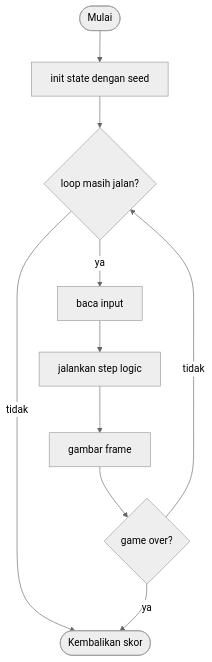
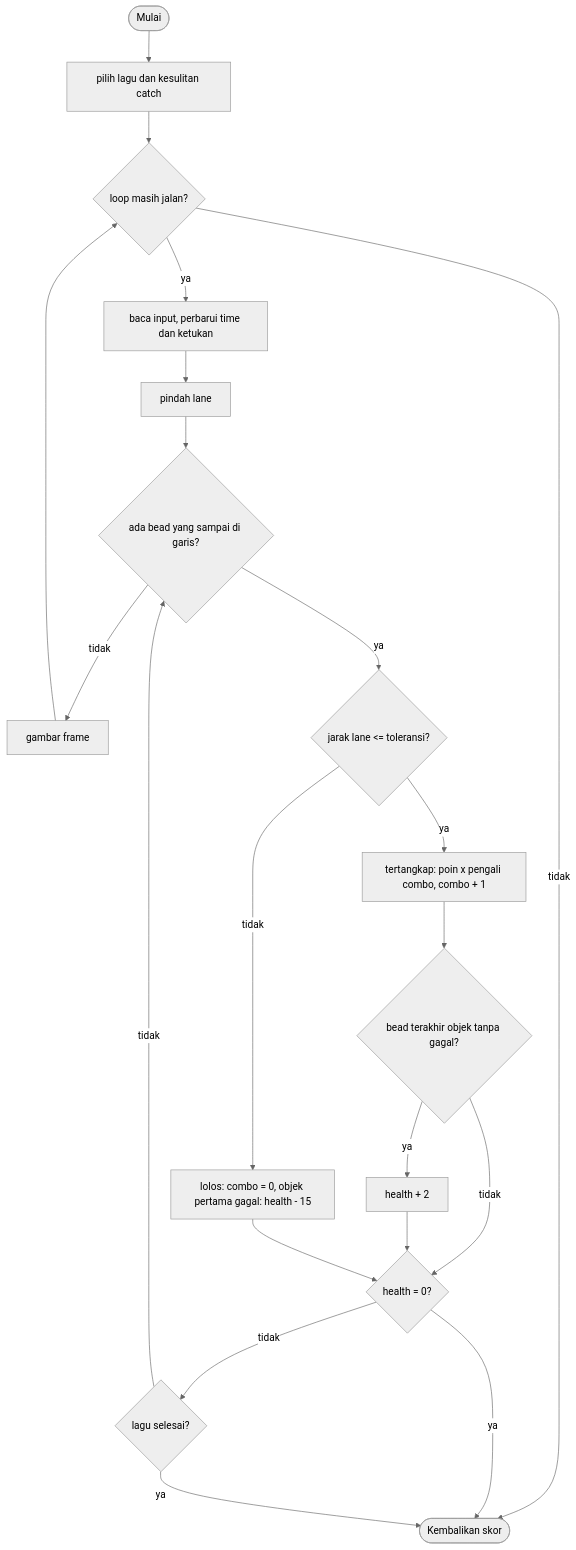
Before and after one commit to zaxx-q/arCade: the diagram in games/beat_catch/GAME.md, drawn with Mermaid (neutral theme). The commit also changed other lines of this file and 11 other files, not shown here.

First line of the commit message:
docs: describe the one-to-one ribbons, Beat Dodge scoring and the new Beat Catch game

````diff
--- a/games/beat_catch/GAME.md
+++ b/games/beat_catch/GAME.md
@@ -94,12 +241,22 @@
 ```mermaid
 flowchart TD
-    A([Mulai]) --> B["init state dengan seed"]
+    A([Mulai]) --> B["pilih lagu dan kesulitan catch"]
     B --> C{"loop masih jalan?"}
     C -- tidak --> Z([Kembalikan skor])
-    C -- ya --> D[baca input]
-    D --> E[jalankan step logic]
-    E --> F[gambar frame]
-    F --> G{"game over?"}
-    G -- tidak --> C
-    G -- ya --> Z
+    C -- ya --> D["baca input, perbarui time dan ketukan"]
+    D --> E["pindah lane"]
+    E --> F{"ada bead yang sampai di garis?"}
+    F -- tidak --> J[gambar frame] --> C
+    F -- ya --> G{"jarak lane <= toleransi?"}
+    G -- ya --> H["tertangkap: poin x pengali combo, combo + 1"]
+    G -- tidak --> I["lolos: combo = 0, objek pertama gagal: health - 15"]
+    H --> K{"bead terakhir objek tanpa gagal?"}
+    K -- ya --> L["health + 2"]
+    K -- tidak --> M
+    L --> M{"health = 0?"}
+    I --> M
+    M -- ya --> Z
+    M -- tidak --> N{"lagu selesai?"}
+    N -- ya --> Z
+    N -- tidak --> F
 ```
````
